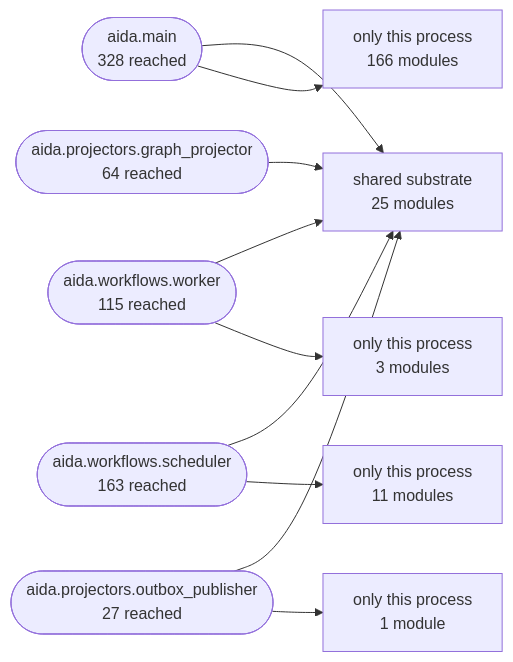
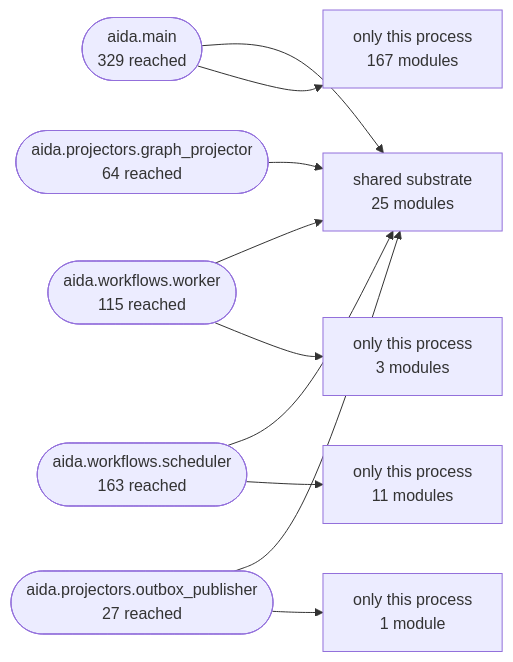
One commit to karuppusamym/AIDataAnalyst changed the second of 3 diagrams in Docs/10-architecture/14-generated-architecture-map.md. Above: the diagram before and after it, drawn with Mermaid. The commit also changed other lines of this file and 9 other files, not shown here.

````diff
--- a/Docs/10-architecture/14-generated-architecture-map.md
+++ b/Docs/10-architecture/14-generated-architecture-map.md
@@ -172,22 +172,22 @@
 ```mermaid
 graph LR
   shared["shared substrate<br/>25 modules"]
-  aida_main(["aida.main<br/>328 reached"])
+  aida_main(["aida.main<br/>329 reached"])
   aida_workflows_worker(["aida.workflows.worker<br/>115 reached"])
   aida_workflows_scheduler(["aida.workflows.scheduler<br/>163 reached"])
   aida_projectors_graph_projector(["aida.projectors.graph_projector<br/>64 reached"])
   aida_projectors_outbox_publisher(["aida.projectors.outbox_publisher<br/>27 reached"])
   aida_main --> shared
-  only_aida_main["only this process<br/>166 modules"]
+  only_aida_main["only this process<br/>167 modules"]
   aida_main --> only_aida_main
   aida_workflows_worker --> shared
   only_aida_workflows_worker["only this process<br/>3 modules"]
   aida_workflows_worker --> only_aida_workflows_worker
   aida_workflows_scheduler --> shared
   only_aida_workflows_scheduler["only this process<br/>11 modules"]
   aida_workflows_scheduler --> only_aida_workflows_scheduler
   aida_projectors_graph_projector --> shared
   aida_projectors_outbox_publisher --> shared
   only_aida_projectors_outbox_publisher["only this process<br/>1 module"]
   aida_projectors_outbox_publisher --> only_aida_projectors_outbox_publisher
 ```
````
